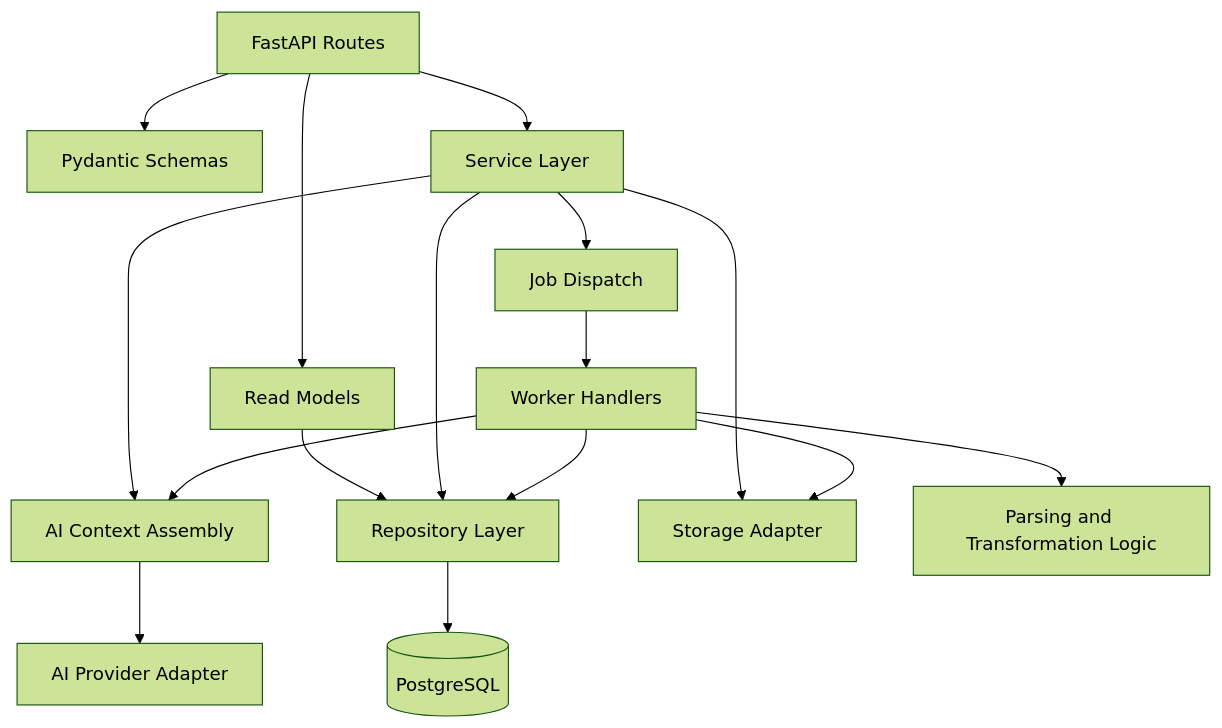
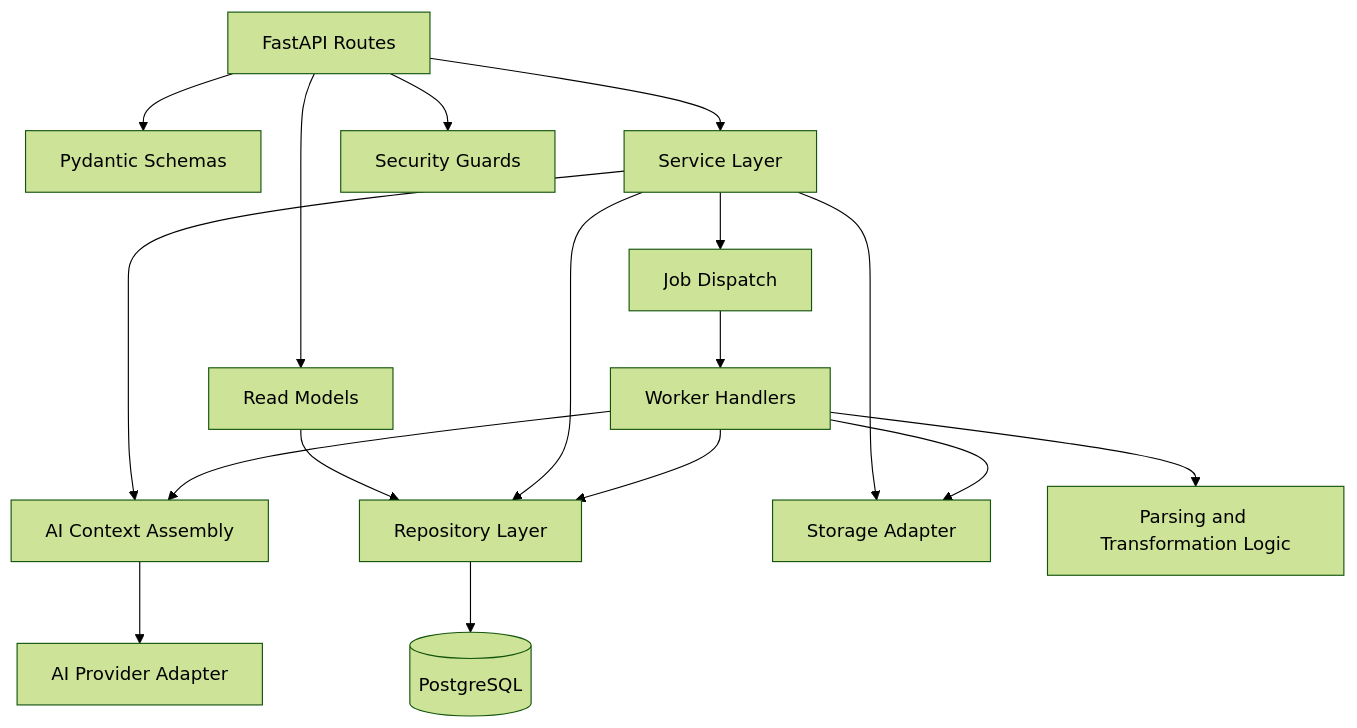
Before and after one commit to AnaKies/music-app: the diagram in docs/backend/application-structure.md, drawn with Mermaid (forest theme). The commit also changed other lines of this file and 23 other files, not shown here.

````diff
--- a/docs/backend/application-structure.md
+++ b/docs/backend/application-structure.md
@@ -44,18 +46,19 @@
 ```mermaid
 flowchart TD
     ROUTES[FastAPI Routes] --> SCHEMAS[Pydantic Schemas]
     ROUTES --> SERVICES[Service Layer]
     SERVICES --> AICTX[AI Context Assembly]
     AICTX --> AICALL[AI Provider Adapter]
     ROUTES --> READ[Read Models]
     READ --> REPOS
     SERVICES --> REPOS[Repository Layer]
+    ROUTES --> SEC[Security Guards]
     SERVICES --> STORAGE[Storage Adapter]
     SERVICES --> WORKERS[Job Dispatch]
     REPOS --> DB[(PostgreSQL)]
     WORKERS --> JOBRUN[Worker Handlers]
     JOBRUN --> REPOS
     JOBRUN --> STORAGE
     JOBRUN --> AICTX
     JOBRUN --> DOMAIN[Parsing and Transformation Logic]
 ```
````
